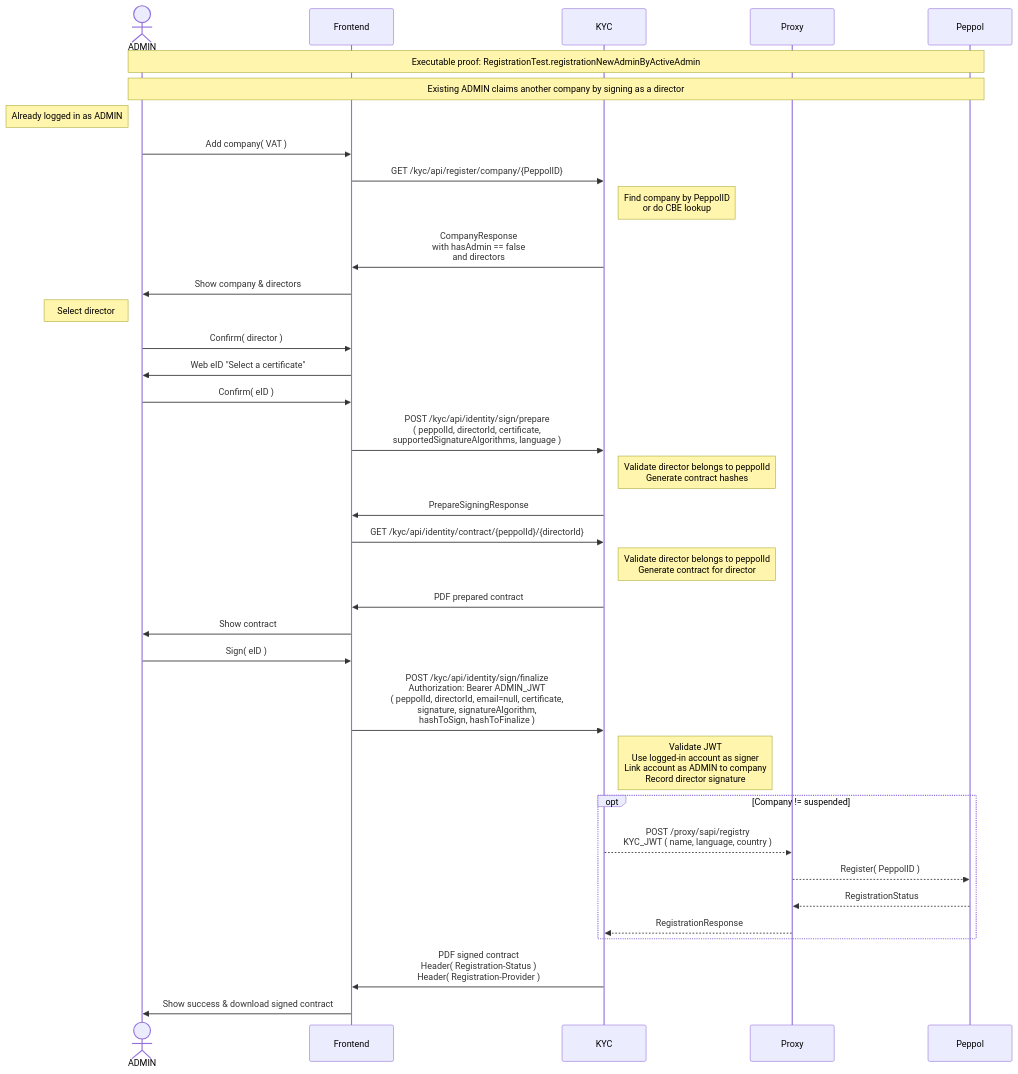
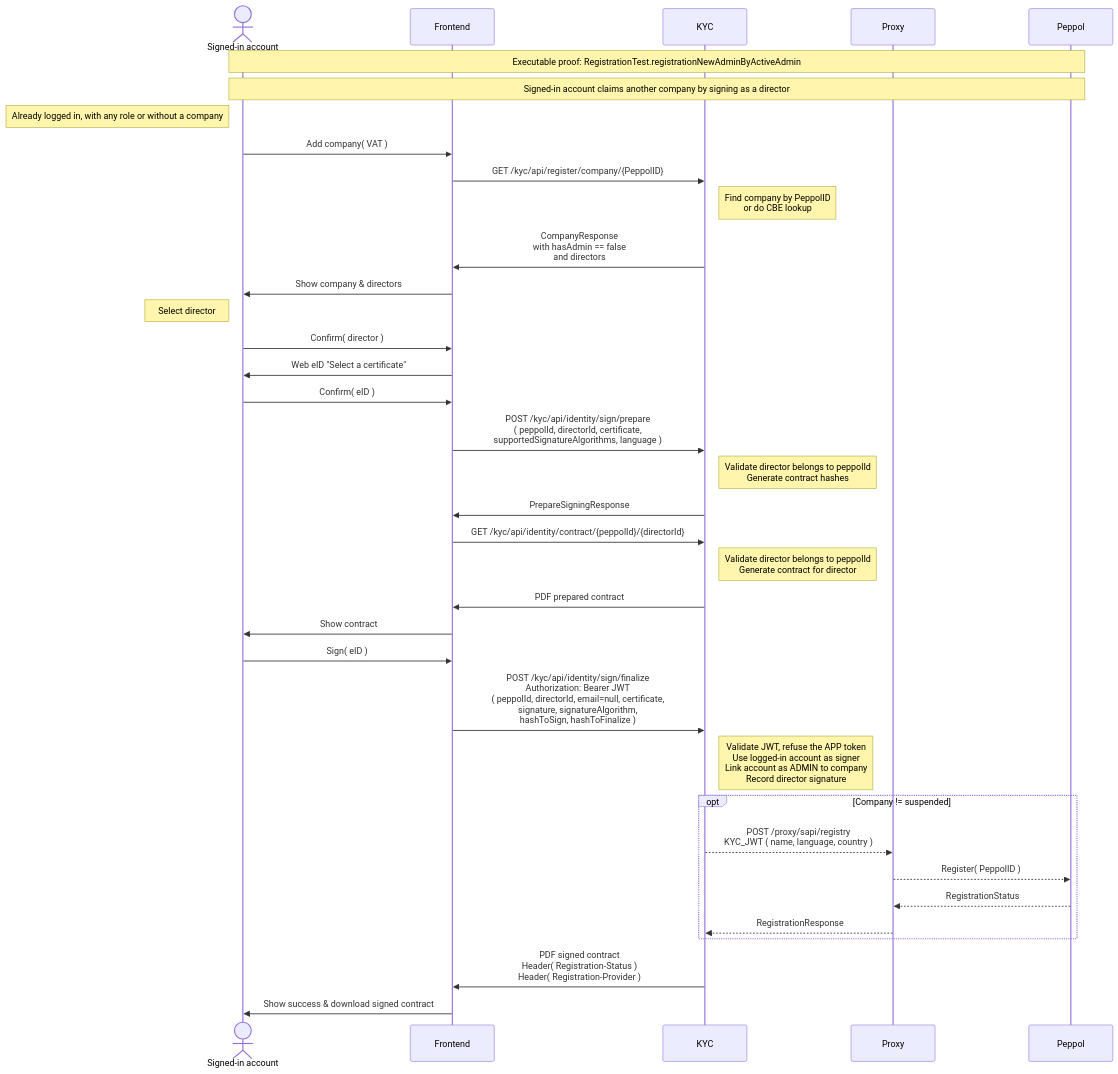
The diagram in readme/registration-new-admin-by-active-admin.md (letspeppol/letspeppol), drawn with Mermaid before and after one commit. The commit also changed other lines of this file and 61 other files, not shown here.

Commit message:
feat: settings page, add company for every user and sign-in without a company

````diff
--- a/readme/registration-new-admin-by-active-admin.md
+++ b/readme/registration-new-admin-by-active-admin.md
@@ -5,43 +8,43 @@
 ```mermaid
 sequenceDiagram
-    actor ADMIN as ADMIN
+    actor ADMIN as Signed-in account
     participant Frontend as Frontend
     participant KYC as KYC
     participant Proxy as Proxy
     participant Peppol as Peppol
 
     Note over ADMIN, Peppol: Executable proof: RegistrationTest.registrationNewAdminByActiveAdmin
 
-Note over ADMIN, Peppol: Existing ADMIN claims another company by signing as a director
-    Note left of ADMIN: Already logged in as ADMIN
+Note over ADMIN, Peppol: Signed-in account claims another company by signing as a director
+    Note left of ADMIN: Already logged in, with any role or without a company
     ADMIN ->> Frontend: Add company( VAT )
     Frontend ->> KYC: GET /kyc/api/register/company/{PeppolID}
     Note right of KYC: Find company by PeppolID <br> or do CBE lookup
     KYC ->> Frontend: CompanyResponse <br> with hasAdmin == false <br> and directors
     Frontend ->> ADMIN: Show company & directors
 
     Note left of ADMIN: Select director
     ADMIN ->> Frontend: Confirm( director )
     Frontend ->> ADMIN: Web eID "Select a certificate"
     ADMIN ->> Frontend: Confirm( eID )
     Frontend ->> KYC: POST /kyc/api/identity/sign/prepare <br> ( peppolId, directorId, certificate, <br> supportedSignatureAlgorithms, language )
     Note right of KYC: Validate director belongs to peppolId <br> Generate contract hashes
     KYC ->> Frontend: PrepareSigningResponse
 
     Frontend ->> KYC: GET /kyc/api/identity/contract/{peppolId}/{directorId}
     Note right of KYC: Validate director belongs to peppolId <br> Generate contract for director
     KYC ->> Frontend: PDF prepared contract
     Frontend ->> ADMIN: Show contract
 
     ADMIN ->> Frontend: Sign( eID )
-    Frontend ->> KYC: POST /kyc/api/identity/sign/finalize <br> Authorization: Bearer ADMIN_JWT <br> ( peppolId, directorId, email=null, certificate, <br> signature, signatureAlgorithm, <br> hashToSign, hashToFinalize )
-    Note right of KYC: Validate JWT <br> Use logged-in account as signer <br> Link account as ADMIN to company <br> Record director signature
+    Frontend ->> KYC: POST /kyc/api/identity/sign/finalize <br> Authorization: Bearer JWT <br> ( peppolId, directorId, email=null, certificate, <br> signature, signatureAlgorithm, <br> hashToSign, hashToFinalize )
+    Note right of KYC: Validate JWT, refuse the APP token <br> Use logged-in account as signer <br> Link account as ADMIN to company <br> Record director signature
     opt Company != suspended
         KYC -->> Proxy: POST /proxy/sapi/registry <br> KYC_JWT ( name, language, country )
         Proxy -->> Peppol: Register( PeppolID )
         Peppol -->> Proxy: RegistrationStatus
         Proxy -->> KYC: RegistrationResponse
     end
     KYC ->> Frontend: PDF signed contract <br> Header( Registration-Status ) <br> Header( Registration-Provider )
     Frontend ->> ADMIN: Show success & download signed contract
 ```
````
